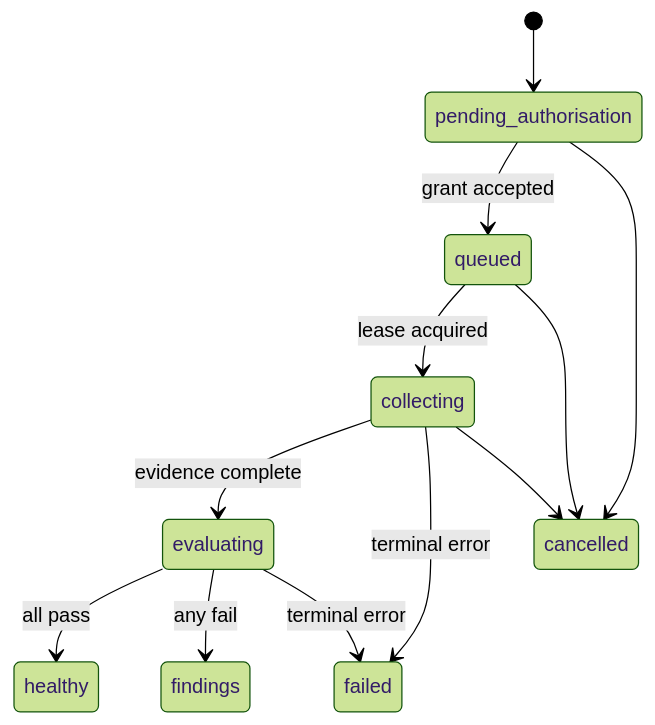
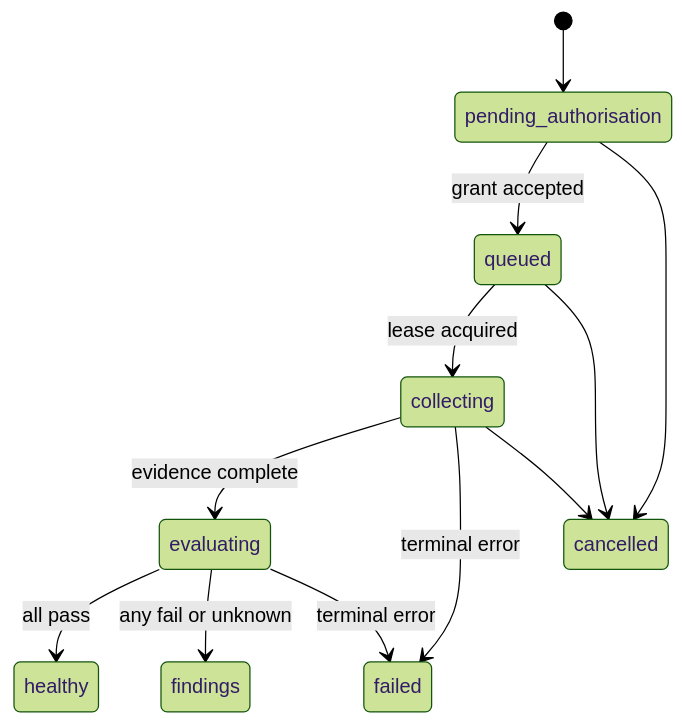
One commit to leeclarkuk/Grounds changed the second of 3 diagrams in Grounds-Build-Ready-Plan.md. Above: the diagram before and after it, drawn with Mermaid (forest theme). The commit also changed other lines of this file and 6 other files, not shown here.

````diff
--- a/Grounds-Build-Ready-Plan.md
+++ b/Grounds-Build-Ready-Plan.md
@@ -240,14 +240,14 @@
 ```mermaid
 stateDiagram-v2
     [*] --> pending_authorisation
     pending_authorisation --> queued: grant accepted
     queued --> collecting: lease acquired
     collecting --> evaluating: evidence complete
     evaluating --> healthy: all pass
-    evaluating --> findings: any fail
+    evaluating --> findings: any fail or unknown
     collecting --> failed: terminal error
     evaluating --> failed: terminal error
     pending_authorisation --> cancelled
     queued --> cancelled
     collecting --> cancelled
 ```
````
